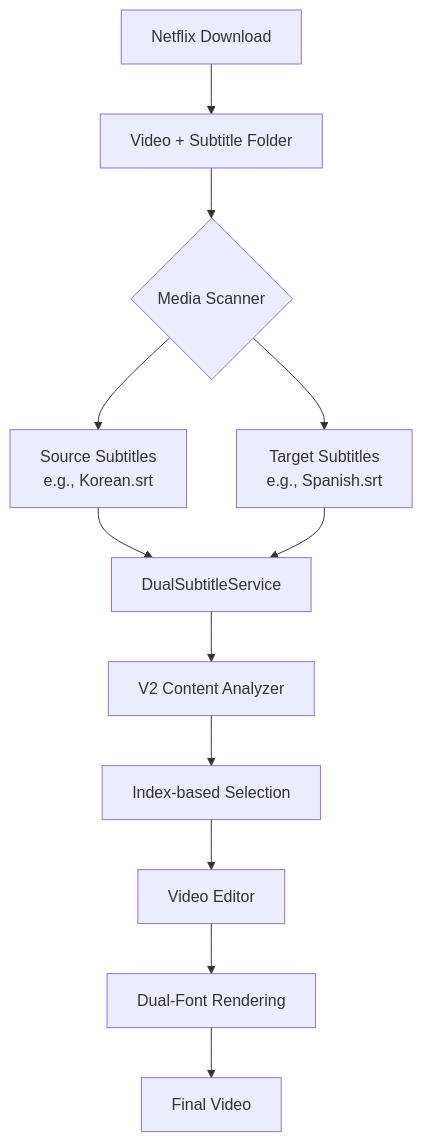
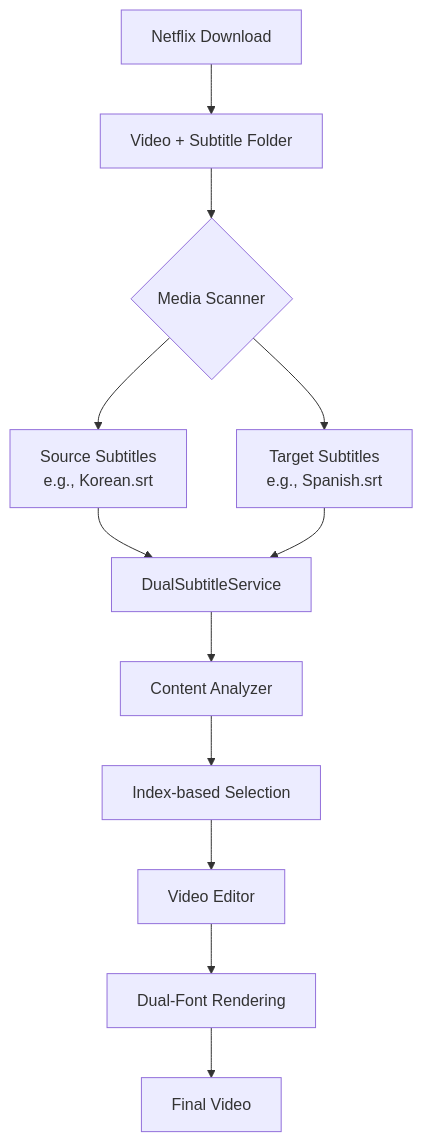
The diagram in docs/ARCHITECTURE.md (taigi0315/study_english_with_suits), drawn with Mermaid before and after one commit. The commit also changed other lines of this file and 54 other files, not shown here.

````diff
--- a/docs/ARCHITECTURE.md
+++ b/docs/ARCHITECTURE.md
@@ -7,14 +7,14 @@
 ```mermaid
 graph TD
     A[Netflix Download] --> B[Video + Subtitle Folder]
     B --> C{Media Scanner}
     C --> D[Source Subtitles<br>e.g., Korean.srt]
     C --> E[Target Subtitles<br>e.g., Spanish.srt]
     D --> F[DualSubtitleService]
     E --> F
-    F --> G[V2 Content Analyzer]
+    F --> G[Content Analyzer]
     G --> H[Index-based Selection]
     H --> I[Video Editor]
     I --> J[Dual-Font Rendering]
     J --> K[Final Video]
 ```
````
